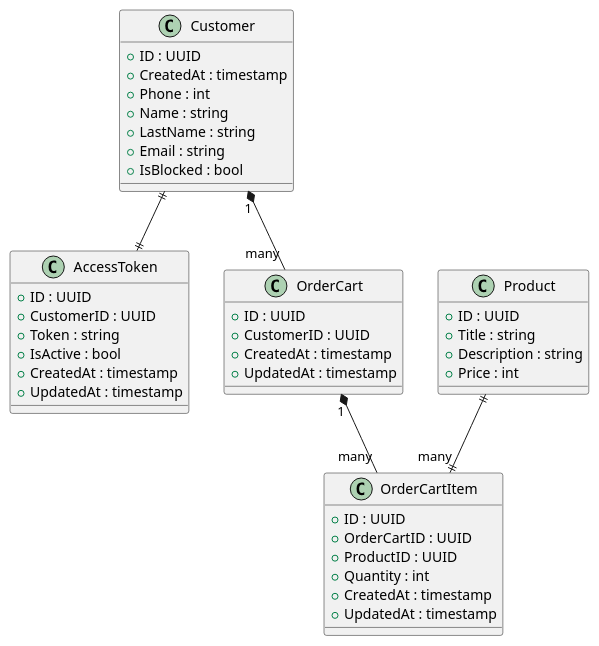
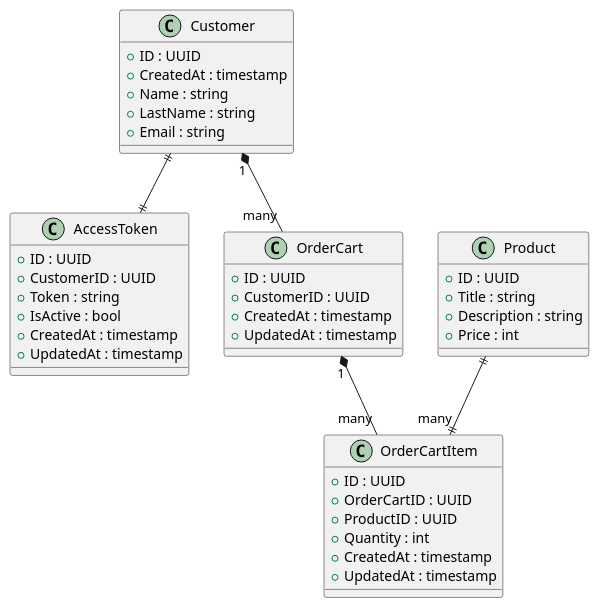
One commit to AlexLitovchenko/Laba1 changed the diagram in diagrams/models/tables.puml. Above: the diagram before and after it, drawn with PlantUML.

Commit message:
Change diagrams

```diff
--- a/diagrams/models/tables.puml
+++ b/diagrams/models/tables.puml
@@ -1,51 +1,49 @@
 @startuml
 
 class Customer {
     + ID : UUID
     + CreatedAt : timestamp
-    + Phone : int
     + Name : string
     + LastName : string
     + Email : string
-    + IsBlocked : bool
 }
 
 class AccessToken {
     + ID : UUID
     + CustomerID : UUID
     + Token : string
     + IsActive : bool
     + CreatedAt : timestamp
     + UpdatedAt : timestamp
 }
 
 class OrderCart {
     + ID : UUID
     + CustomerID : UUID
     + CreatedAt : timestamp
     + UpdatedAt : timestamp
 }
 
 class OrderCartItem {
     + ID : UUID
     + OrderCartID : UUID
     + ProductID : UUID
     + Quantity : int
     + CreatedAt : timestamp
     + UpdatedAt : timestamp
 }
 
 class Product {
     + ID : UUID
     + Title : string
     + Description : string
     + Price : int
 }
 
 
 Customer "1" *-- "many" OrderCart 
 Customer ||--|| AccessToken 
 OrderCart "1" *-- "many" OrderCartItem 
 Product  ||--|| "many" OrderCartItem 
 
 @enduml
```
